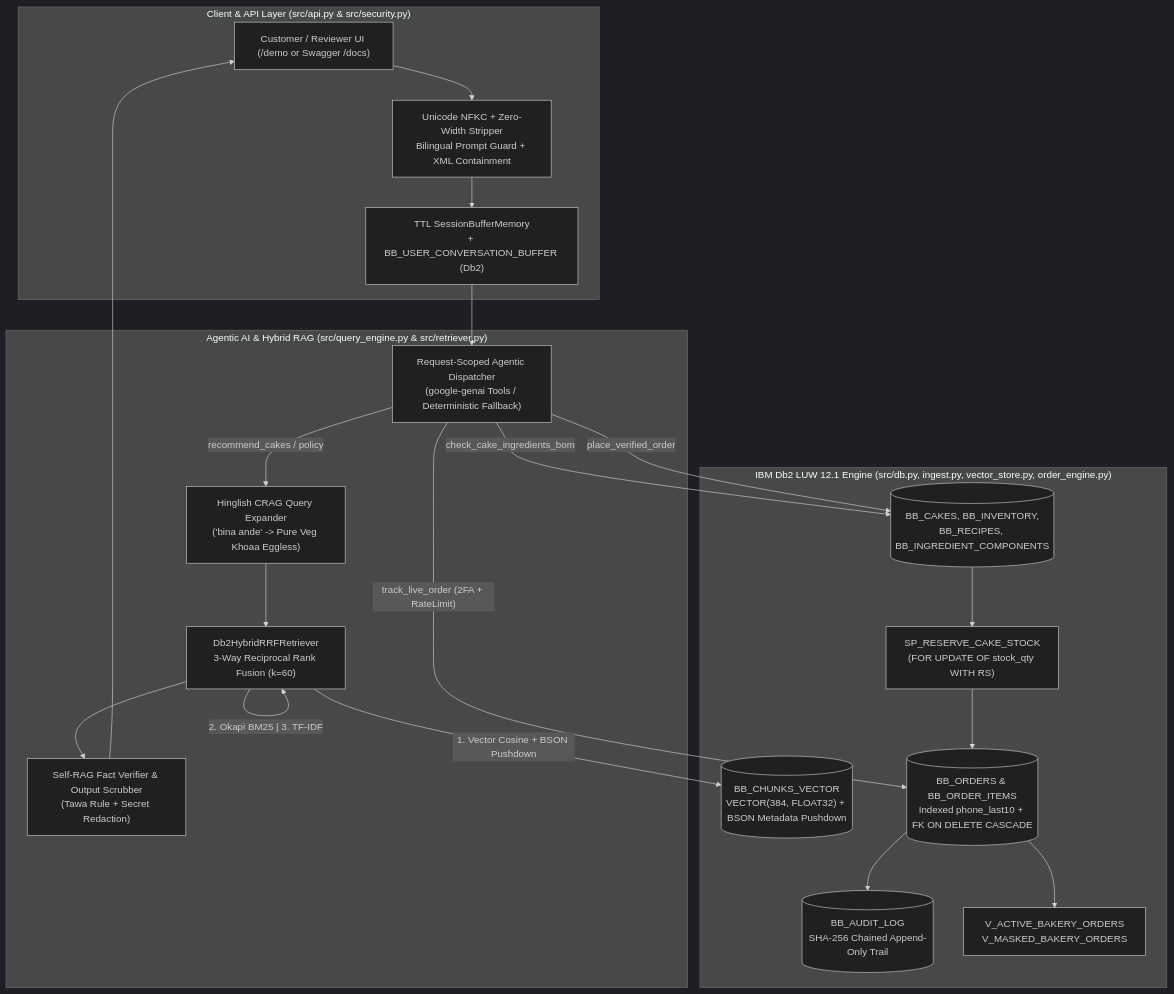
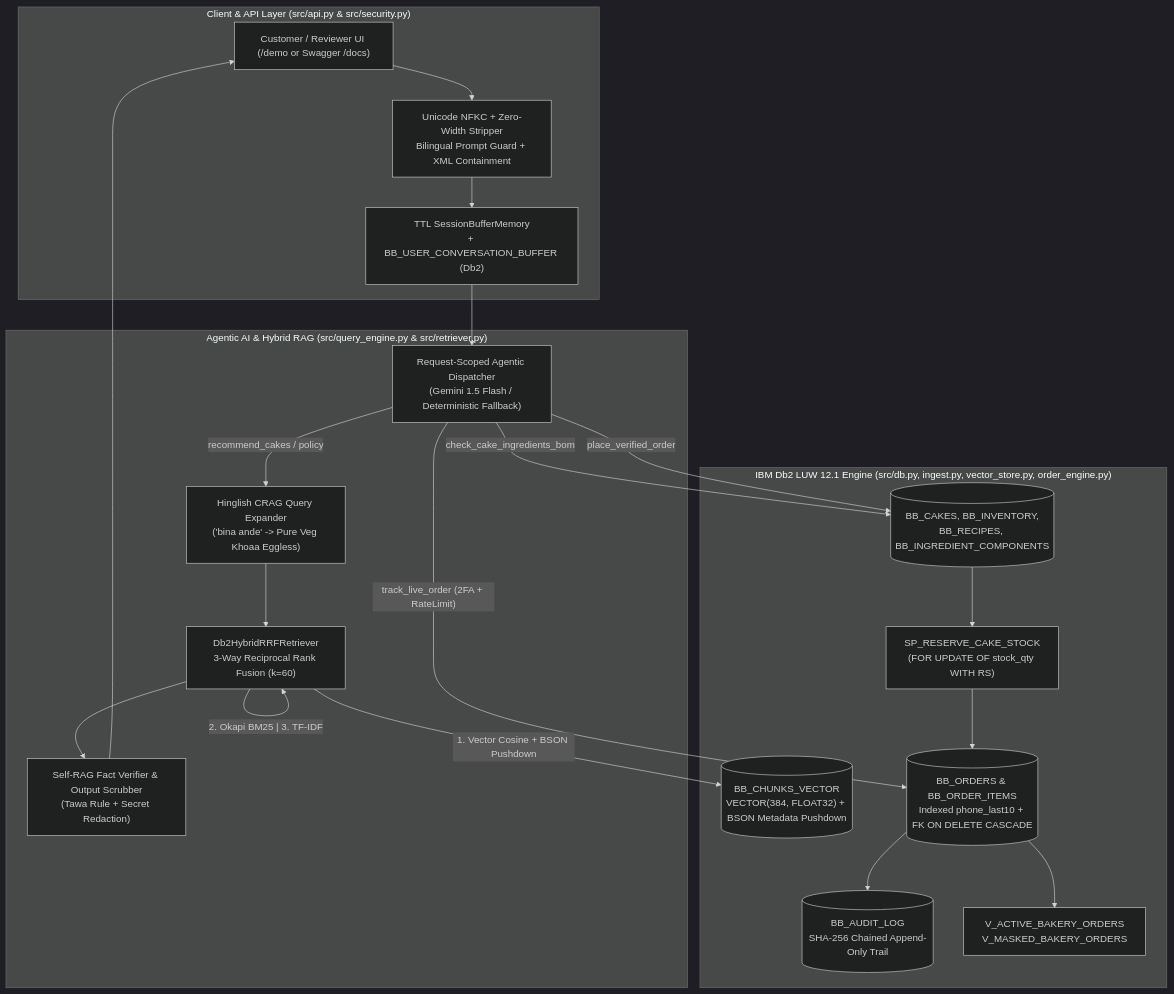
One commit to AYUSHDHANGAR/IBM_Db2_TechX_Project_Submission changed the first of 2 diagrams in submissions/bakebox-choco-ai/architecture.md. Above: the diagram before and after it, drawn with Mermaid (dark theme). The commit also changed other lines of this file and 4 other files, not shown here.

Commit message:
fix(bakebox-choco-ai): verify Gemini 1.5 Flash dynamic runtime and 5 agentic tool schemas across code, tests, and docs

````diff
--- a/submissions/bakebox-choco-ai/architecture.md
+++ b/submissions/bakebox-choco-ai/architecture.md
@@ -29,37 +29,37 @@
 ```mermaid
 flowchart TD
     subgraph Client ["Client & API Layer (src/api.py & src/security.py)"]
         User["Customer / Reviewer UI (/demo or Swagger /docs)"]
         Guard["Unicode NFKC + Zero-Width Stripper\nBilingual Prompt Guard + XML Containment"]
         Session["TTL SessionBufferMemory\n+ BB_USER_CONVERSATION_BUFFER (Db2)"]
     end
 
     subgraph AI_Layer ["Agentic AI & Hybrid RAG (src/query_engine.py & src/retriever.py)"]
         CRAG["Hinglish CRAG Query Expander\n('bina ande' -> Pure Veg Khoaa Eggless)"]
-        Dispatcher["Request-Scoped Agentic Dispatcher\n(google-genai Tools / Deterministic Fallback)"]
+        Dispatcher["Request-Scoped Agentic Dispatcher\n(Gemini 1.5 Flash / Deterministic Fallback)"]
         Hybrid["Db2HybridRRFRetriever\n3-Way Reciprocal Rank Fusion (k=60)"]
         SelfRAG["Self-RAG Fact Verifier & Output Scrubber\n(Tawa Rule + Secret Redaction)"]
     end
 
     subgraph IBM_Db2 ["IBM Db2 LUW 12.1 Engine (src/db.py, ingest.py, vector_store.py, order_engine.py)"]
         VectorStore[("BB_CHUNKS_VECTOR\nVECTOR(384, FLOAT32) + BSON Metadata Pushdown")]
         Orders[("BB_ORDERS & BB_ORDER_ITEMS\nIndexed phone_last10 + FK ON DELETE CASCADE")]
         Catalog[("BB_CAKES, BB_INVENTORY,\nBB_RECIPES, BB_INGREDIENT_COMPONENTS")]
         Audit[("BB_AUDIT_LOG\nSHA-256 Chained Append-Only Trail")]
         Views["V_ACTIVE_BAKERY_ORDERS\nV_MASKED_BAKERY_ORDERS"]
         SP["SP_RESERVE_CAKE_STOCK\n(FOR UPDATE OF stock_qty WITH RS)"]
     end
 
     User --> Guard --> Session --> Dispatcher
     Dispatcher -- "recommend_cakes / policy" --> CRAG --> Hybrid
     Hybrid -- "1. Vector Cosine + BSON Pushdown" --> VectorStore
     Hybrid -- "2. Okapi BM25 | 3. TF-IDF" --> Hybrid
     Hybrid --> SelfRAG
 
     Dispatcher -- "check_cake_ingredients_bom" --> Catalog
     Dispatcher -- "place_verified_order" --> Catalog
     Catalog --> SP --> Orders --> Audit
     Dispatcher -- "track_live_order (2FA + RateLimit)" --> Orders
     Orders --> Views
     SelfRAG --> User
 ```
````
